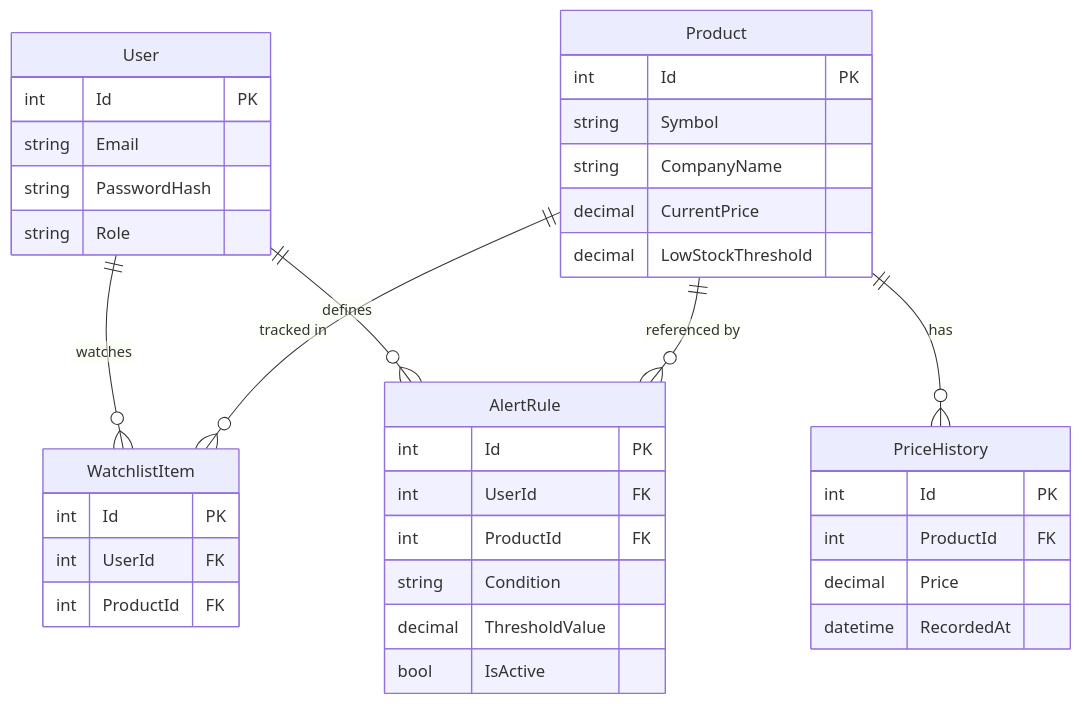
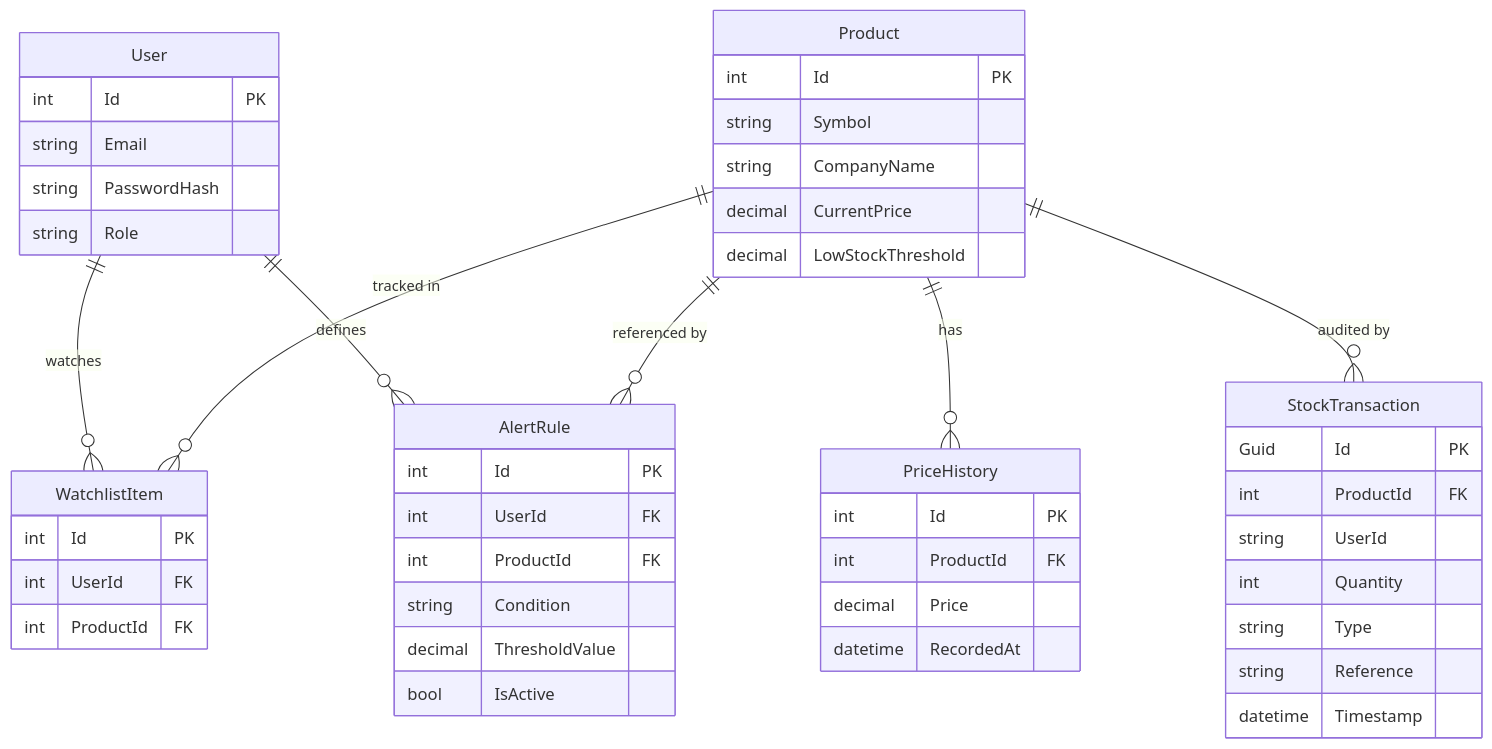
The diagram in InventoryManagementSystem/InventoryAlert.Wiki/docs/03-data-model/data-model.md (nhonvo/InvestManagementSystem), drawn with Mermaid before and after one commit. The commit also changed 54 other files, not shown here.

````diff
--- a/InventoryManagementSystem/InventoryAlert.Wiki/docs/03-data-model/data-model.md
+++ b/InventoryManagementSystem/InventoryAlert.Wiki/docs/03-data-model/data-model.md
@@ -5,41 +5,51 @@
 ```mermaid
 erDiagram
     User {
         int Id PK
         string Email
         string PasswordHash
         string Role
     }
     Product {
         int Id PK
         string Symbol
         string CompanyName
         decimal CurrentPrice
         decimal LowStockThreshold
     }
     WatchlistItem {
         int Id PK
         int UserId FK
         int ProductId FK
     }
     AlertRule {
         int Id PK
         int UserId FK
         int ProductId FK
         string Condition
         decimal ThresholdValue
         bool IsActive
     }
     PriceHistory {
         int Id PK
         int ProductId FK
         decimal Price
         datetime RecordedAt
     }
+    StockTransaction {
+        Guid Id PK
+        int ProductId FK
+        string UserId
+        int Quantity
+        string Type
+        string Reference
+        datetime Timestamp
+    }
 
     User ||--o{ WatchlistItem : "watches"
     User ||--o{ AlertRule : "defines"
     Product ||--o{ WatchlistItem : "tracked in"
     Product ||--o{ AlertRule : "referenced by"
     Product ||--o{ PriceHistory : "has"
+    Product ||--o{ StockTransaction : "audited by"
 ```
````
